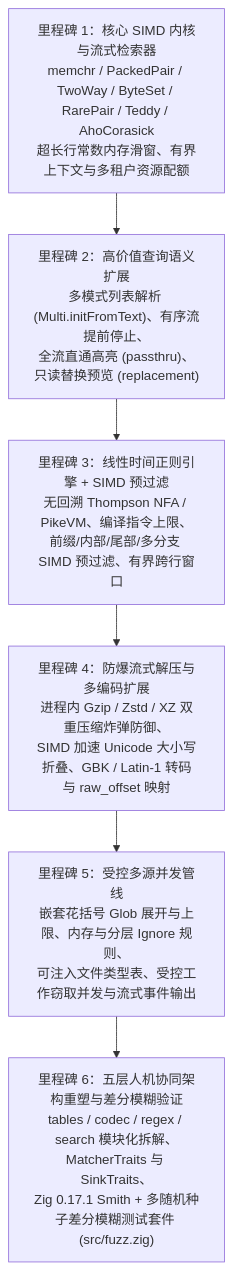
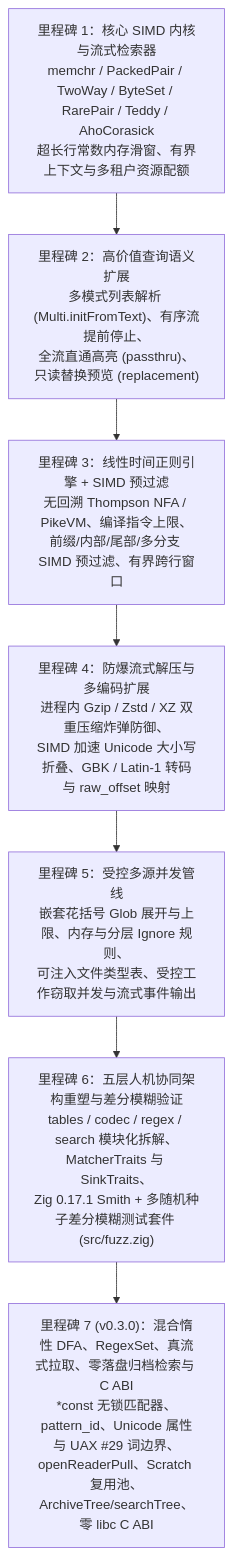
Before and after one commit to fun7257/libwebgrep: the diagram in docs/ROADMAP.zh-CN.md, drawn with Mermaid. The commit also changed other lines of this file and 56 other files, not shown here.

Commit message:
feat: release v0.3.0 (F1-F14: Lazy DFA, RegexSet, C ABI, ArchiveTree, Pull Reader, SIMD & Unicode upgrades)

````diff
--- a/docs/ROADMAP.zh-CN.md
+++ b/docs/ROADMAP.zh-CN.md
@@ -7,8 +7,9 @@
 ```mermaid
 flowchart TD
     M0["里程碑 1：核心 SIMD 内核与流式检索器<br/>memchr / PackedPair / TwoWay / ByteSet / RarePair / Teddy / AhoCorasick<br/>超长行常数内存滑窗、有界上下文与多租户资源配额"] --> M1["里程碑 2：高价值查询语义扩展<br/>多模式列表解析 (Multi.initFromText)、有序流提前停止、<br/>全流直通高亮 (passthru)、只读替换预览 (replacement)"]
     M1 --> M2["里程碑 3：线性时间正则引擎 + SIMD 预过滤<br/>无回溯 Thompson NFA / PikeVM、编译指令上限、<br/>前缀/内部/尾部/多分支 SIMD 预过滤、有界跨行窗口"]
     M2 --> M3["里程碑 4：防爆流式解压与多编码扩展<br/>进程内 Gzip / Zstd / XZ 双重压缩炸弹防御、<br/>SIMD 加速 Unicode 大小写折叠、GBK / Latin-1 转码与 raw_offset 映射"]
     M3 --> M4["里程碑 5：受控多源并发管线<br/>嵌套花括号 Glob 展开与上限、内存与分层 Ignore 规则、<br/>可注入文件类型表、受控工作窃取并发与流式事件输出"]
     M4 --> M5["里程碑 6：五层人机协同架构重塑与差分模糊验证<br/>tables / codec / regex / search 模块化拆解、MatcherTraits 与 SinkTraits、<br/>Zig 0.17.1 Smith + 多随机种子差分模糊测试套件 (src/fuzz.zig)"]
+    M5 --> M6["里程碑 7 (v0.3.0)：混合惰性 DFA、RegexSet、真流式拉取、零落盘归档检索与 C ABI<br/>*const 无锁匹配器、pattern_id、Unicode 属性与 UAX #29 词边界、<br/>openReaderPull、Scratch 复用池、ArchiveTree/searchTree、零 libc C ABI"]
 ```
````
